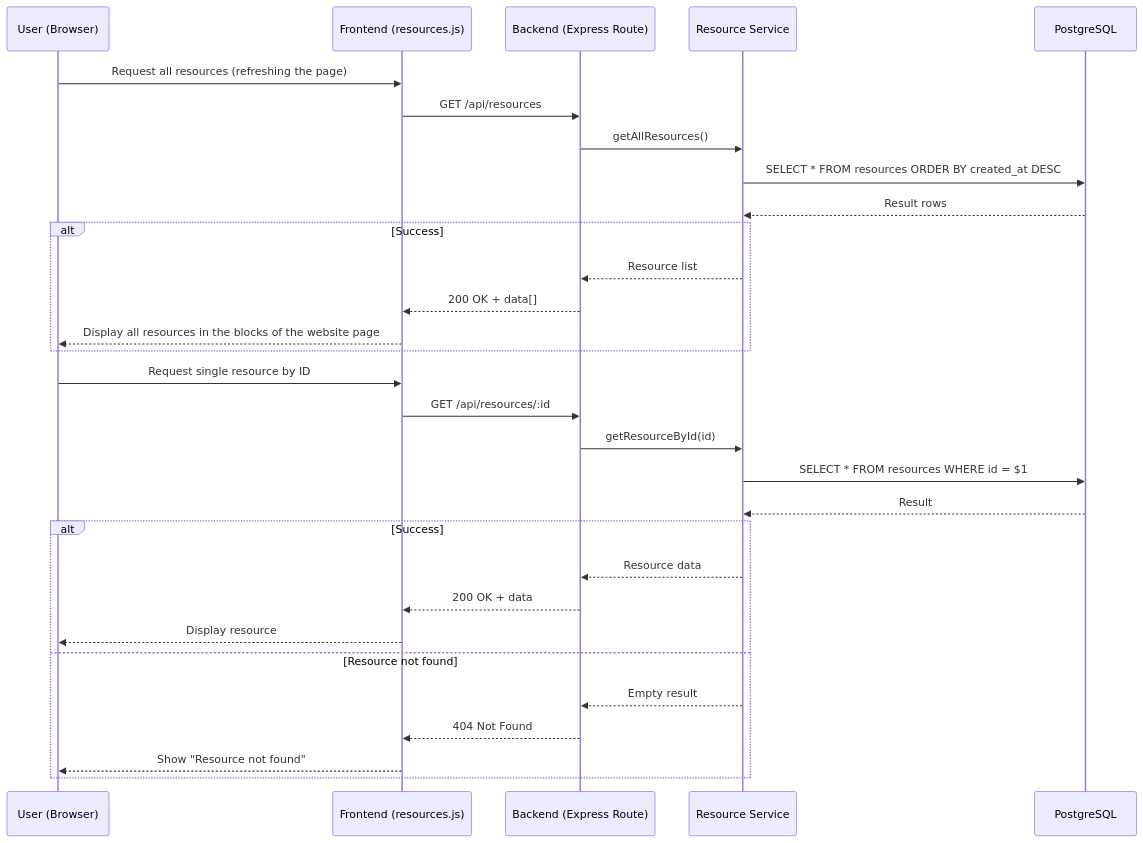
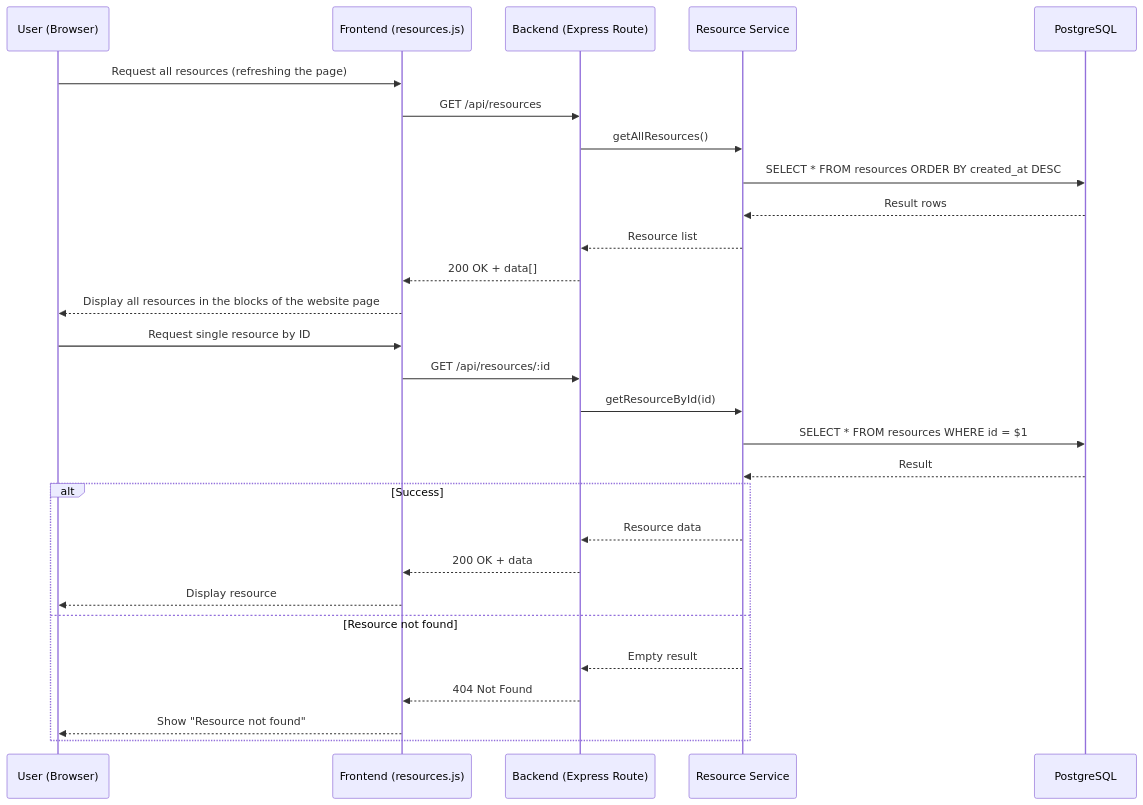
One commit to Mehdi-Mor/AdvancedWebDev changed the second of 2 diagrams in BookingSystemPhase6/G1_CRUD_DataFlow.md. Above: the diagram before and after it, drawn with Mermaid.

````diff
--- a/BookingSystemPhase6/G1_CRUD_DataFlow.md
+++ b/BookingSystemPhase6/G1_CRUD_DataFlow.md
@@ -41,38 +41,36 @@
 ```mermaid
 sequenceDiagram
     participant U as User (Browser)
     participant F as Frontend (resources.js)
     participant B as Backend (Express Route)
     participant S as Resource Service
     participant DB as PostgreSQL
 
     U->>F: Request all resources (refreshing the page)
     F->>B: GET /api/resources
 
     B->>S: getAllResources()
     S->>DB: SELECT * FROM resources ORDER BY created_at DESC
     DB-->>S: Result rows
 
-    alt Success
-        S-->>B: Resource list
-        B-->>F: 200 OK + data[]
-        F-->>U: Display all resources in the blocks of the website page
-    end
+    S-->>B: Resource list
+    B-->>F: 200 OK + data[]
+    F-->>U: Display all resources in the blocks of the website page
 
     U->>F: Request single resource by ID
     F->>B: GET /api/resources/:id
 
     B->>S: getResourceById(id)
     S->>DB: SELECT * FROM resources WHERE id = $1
     DB-->>S: Result
 
     alt Success
         S-->>B: Resource data
         B-->>F: 200 OK + data
         F-->>U: Display resource
     else Resource not found
         S-->>B: Empty result
         B-->>F: 404 Not Found
         F-->>U: Show "Resource not found"
     end
 ```
````
